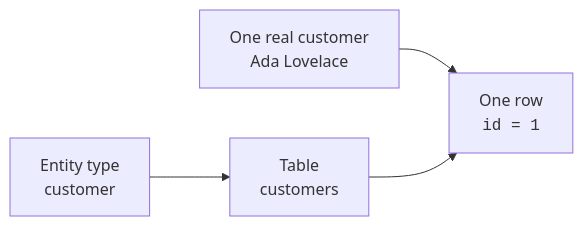
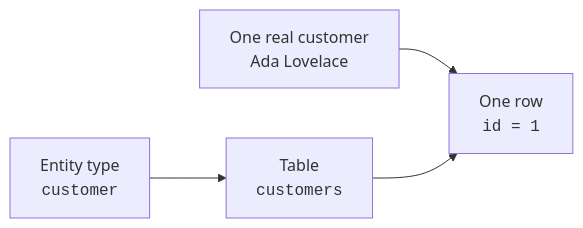
The first of 4 diagrams in content/learn/database-design-postgresql/thinking-in-entities.mdx (dataslope/dataslope), drawn with Mermaid before and after one commit. The commit also changed other lines of this file and 46 other files, not shown here.

First line of the commit message:
Wrap code in mermaid edge labels + entity/table names in DB diagrams

````diff
--- a/content/learn/database-design-postgresql/thinking-in-entities.mdx
+++ b/content/learn/database-design-postgresql/thinking-in-entities.mdx
@@ -22,6 +22,6 @@
 ```mermaid
 flowchart LR
-    E["Entity type<br/>customer"] --> T["Table<br/>customers"]
+    E["Entity type<br/><code>customer</code>"] --> T["Table<br/><code>customers</code>"]
     R["One real customer<br/>Ada Lovelace"] --> Row["One row<br/><code>id = 1</code>"]
     T --> Row
 ```
````
